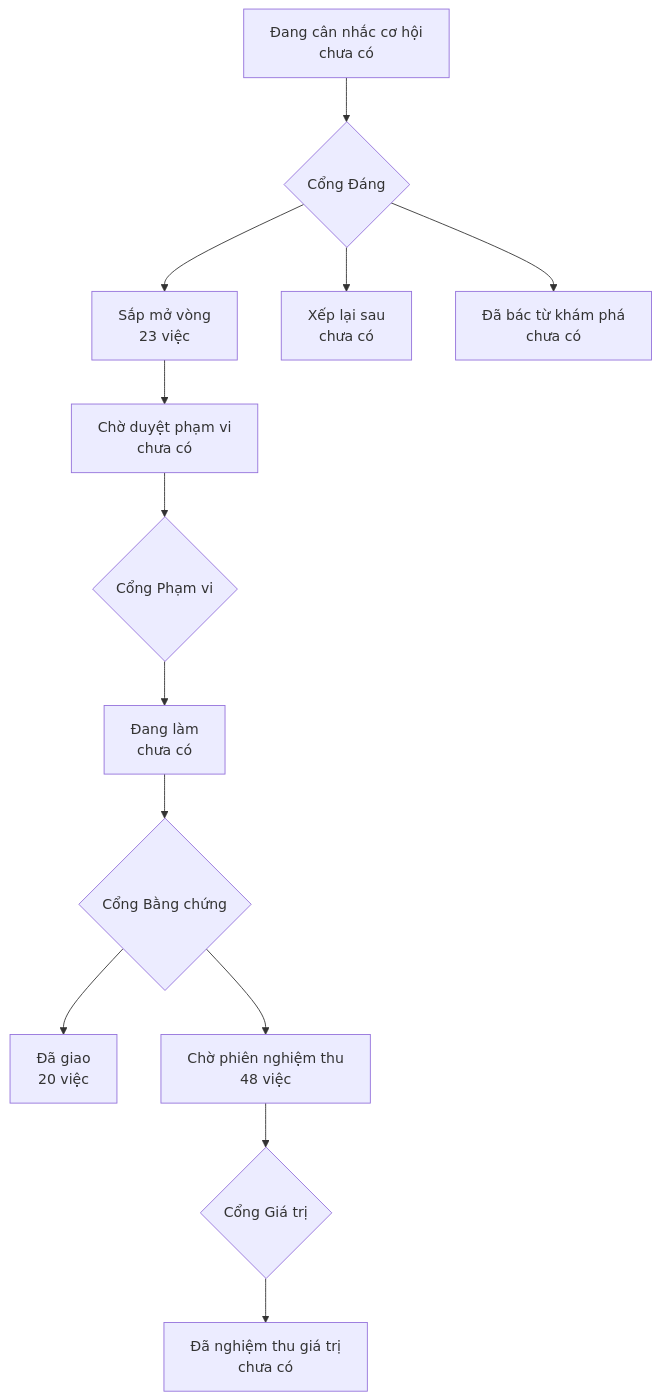
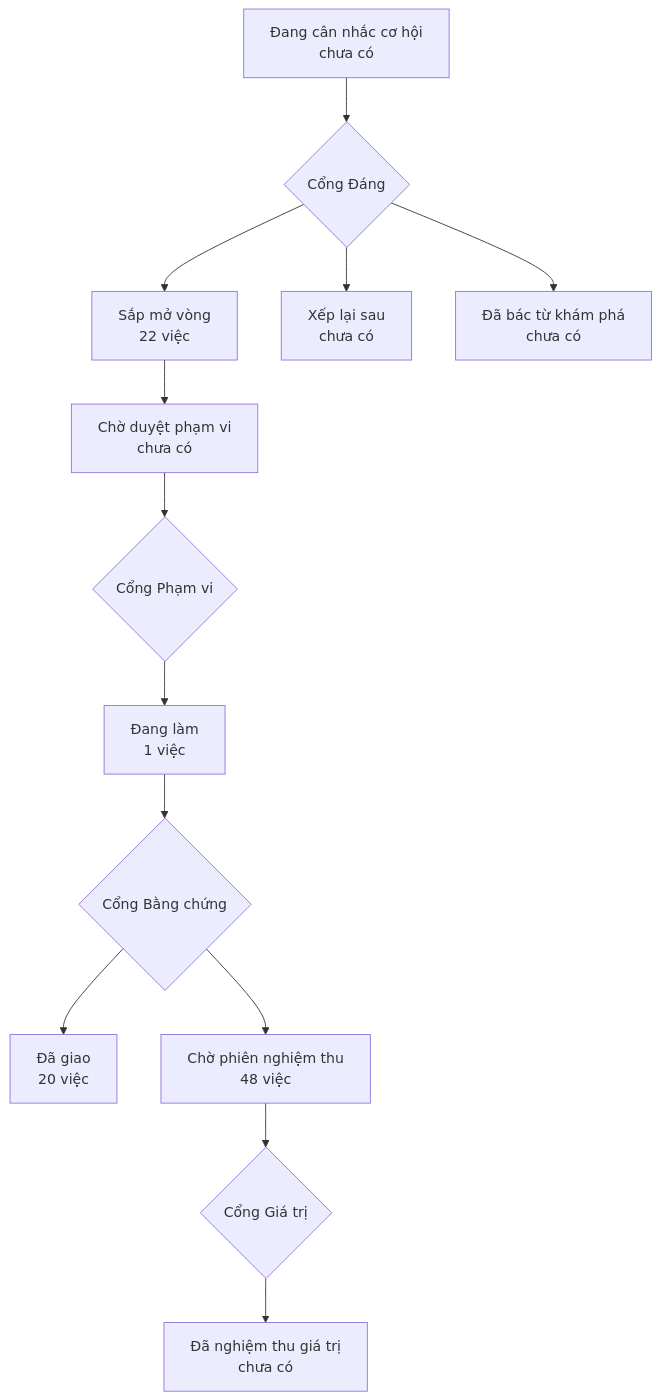
The diagram in PRODUCT-MAP.md (phanlemanh/onehub-quy-hang), drawn with Mermaid before and after one commit. The commit also changed other lines of this file and 10 other files, not shown here.

````diff
--- a/PRODUCT-MAP.md
+++ b/PRODUCT-MAP.md
@@ -7,12 +7,12 @@
 ```mermaid
 flowchart TD
   A["Đang cân nhắc cơ hội<br/>chưa có"] --> GD{"Cổng Đáng"}
-  GD --> B["Sắp mở vòng<br/>23 việc"]
+  GD --> B["Sắp mở vòng<br/>22 việc"]
   GD --> XL["Xếp lại sau<br/>chưa có"]
   GD --> DB["Đã bác từ khám phá<br/>chưa có"]
   B --> CD["Chờ duyệt phạm vi<br/>chưa có"] --> GP{"Cổng Phạm vi"}
-  GP --> DL["Đang làm<br/>chưa có"] --> GB{"Cổng Bằng chứng"}
+  GP --> DL["Đang làm<br/>1 việc"] --> GB{"Cổng Bằng chứng"}
   GB --> DG["Đã giao<br/>20 việc"]
   GB --> CN["Chờ phiên nghiệm thu<br/>48 việc"] --> GG{"Cổng Giá trị"}
   GG --> NT["Đã nghiệm thu giá trị<br/>chưa có"]
 ```
````
